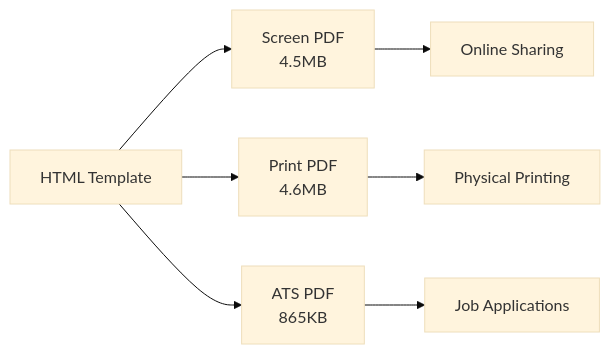
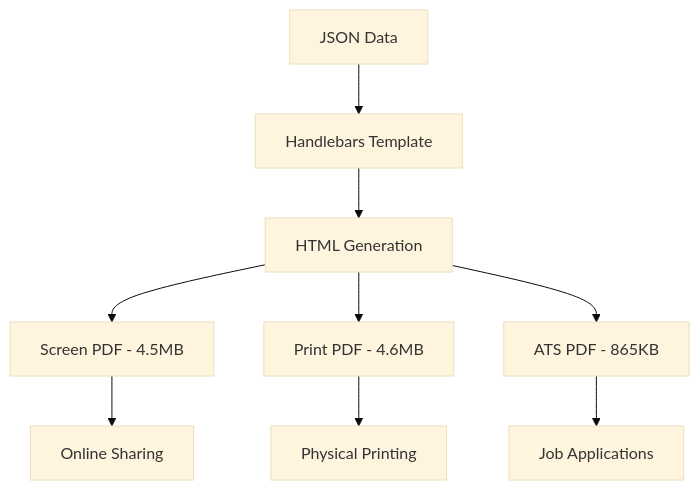
The diagram in README.md (rafilkmp3/resume-as-code), drawn with Mermaid (base theme) before and after one commit. The commit also changed other lines of this file and 69 other files, not shown here.

````diff
--- a/README.md
+++ b/README.md
@@ -173,10 +28,12 @@
 ```mermaid
-graph LR
-    A[HTML Template] --> B[Screen PDF<br/>4.5MB]
-    A --> C[Print PDF<br/>4.6MB]
-    A --> D[ATS PDF<br/>865KB]
-
-    B --> E[Online Sharing]
-    C --> F[Physical Printing]
-    D --> G[Job Applications]
+graph TD
+    A[JSON Data] --> B[Handlebars Template]
+    B --> C[HTML Generation]
+    C --> D[Screen PDF - 4.5MB]
+    C --> E[Print PDF - 4.6MB] 
+    C --> F[ATS PDF - 865KB]
+    
+    D --> G[Online Sharing]
+    E --> H[Physical Printing]
+    F --> I[Job Applications]
 ```
````
